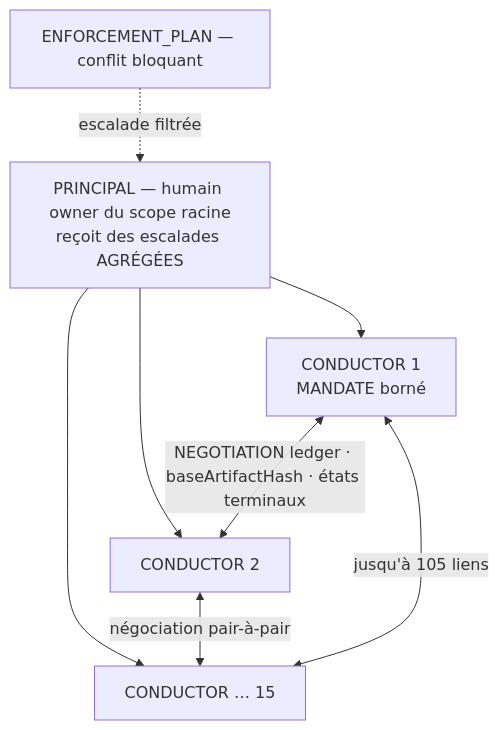
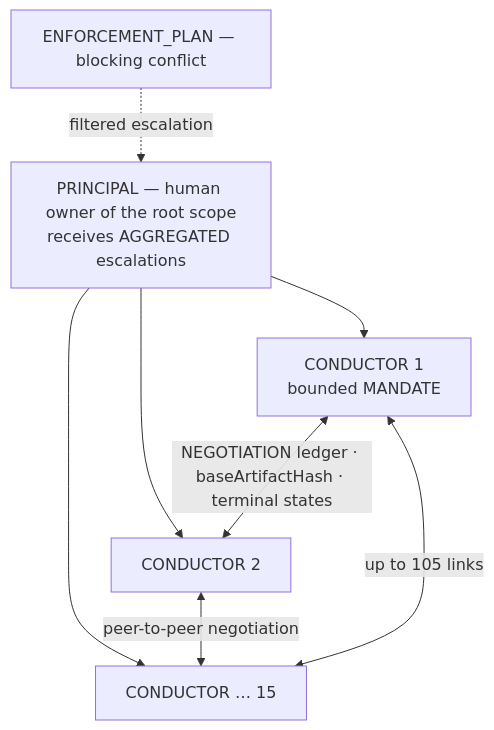
The diagram in evaluations/d-principal-15-conductors.md (rhanka/h2a), drawn with Mermaid before and after one commit. The commit also changed other lines of this file and 8 other files, not shown here.

````diff
--- a/evaluations/d-principal-15-conductors.md
+++ b/evaluations/d-principal-15-conductors.md
@@ -9,11 +9,11 @@
 ```mermaid
 flowchart TD
-  P[PRINCIPAL — humain owner du scope racine<br/>reçoit des escalades AGRÉGÉES]
-  P --> C1[CONDUCTOR 1<br/>MANDATE borné]
+  P[PRINCIPAL — human owner of the root scope<br/>receives AGGREGATED escalations]
+  P --> C1[CONDUCTOR 1<br/>bounded MANDATE]
   P --> C2[CONDUCTOR 2]
   P --> Cn[CONDUCTOR … 15]
-  C1 <-->|NEGOTIATION ledger · baseArtifactHash · états terminaux| C2
-  C2 <-->|négociation pair-à-pair| Cn
-  C1 <-->|jusqu'à 105 liens| Cn
-  EP[ENFORCEMENT_PLAN — conflit bloquant] -.->|escalade filtrée| P
+  C1 <-->|NEGOTIATION ledger · baseArtifactHash · terminal states| C2
+  C2 <-->|peer-to-peer negotiation| Cn
+  C1 <-->|up to 105 links| Cn
+  EP[ENFORCEMENT_PLAN — blocking conflict] -.->|filtered escalation| P
 ```
````
